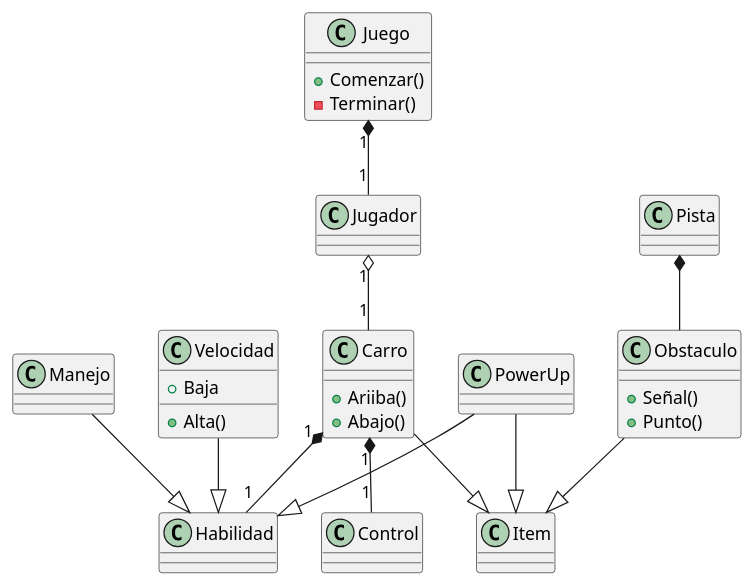
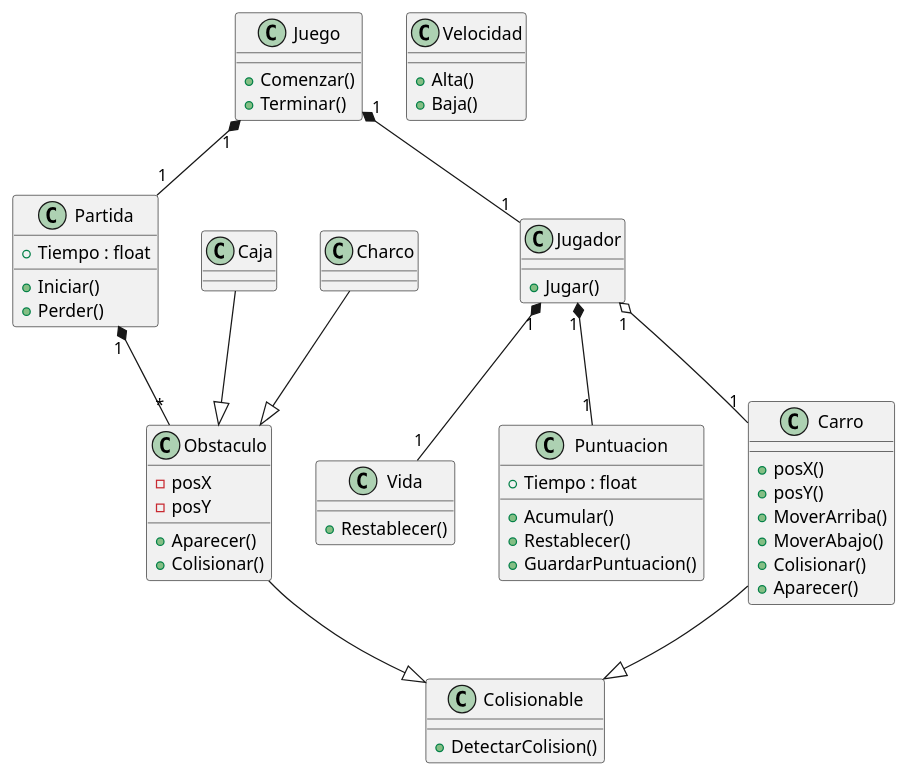
Before and after one commit to leofrancoceti/SpaceCar: the diagram in docs/SpaceCar.puml, drawn with PlantUML. The commit also changed 17 other files, not shown here.

```diff
--- a/docs/SpaceCar.puml
+++ b/docs/SpaceCar.puml
@@ -1,46 +1,70 @@
 @startuml SpaceCar
+
+class Obstaculo{
+    -posX
+    -posY
+    +Aparecer()
+    +Colisionar()
+}
+class Caja
+class Charco
+
 
 class Juego{
     + Comenzar()
-    - Terminar()
+    + Terminar()
 }
-class Jugador
-class Habilidad
+class Partida{
+    + Tiempo : float
+    + Iniciar()
+    + Perder()
+
+}
+class Vida{
+    + Restablecer()
+}
+class Puntuacion{
+    + Tiempo : float
+    + Acumular()
+    + Restablecer()
+    + GuardarPuntuacion()
+
+}
+class Jugador{
+    + Jugar()
+}
 
 class Velocidad{
     + Alta()
-    + Baja
+    + Baja()
 }
-class Manejo
-
-class PowerUp
-class Item
 
 class Carro{
-    + Ariiba()
-    + Abajo()
+    + posX()
+    + posY()
+    + MoverArriba()
+    + MoverAbajo()
+    + Colisionar()
+    + Aparecer()
 }
-class Obstaculo{
-    + Señal()
-    + Punto()
+class Colisionable{
+    +DetectarColision()
 }
-class Pista
 
 
 Juego "1" *-- "1" Jugador
+Juego "1" *-- "1" Partida 
+
 Jugador "1" o-- "1" Carro
-Carro "1" *-- "1" Habilidad
-Carro "1" *-- "1" Control
+Jugador "1" *-- "1" Vida
+Jugador "1" *-- "1" Puntuacion
 
-Carro --|> Item
-PowerUp --|> Item
-Obstaculo --|> Item
+Partida "1" *-- "*" Obstaculo
 
-PowerUp --|> Habilidad
-Manejo --|> Habilidad
-Velocidad --|> Habilidad
+Charco --|> Obstaculo
+Caja --|> Obstaculo
 
-Pista *-- Obstaculo
-
+Obstaculo --|> Colisionable
+Carro --|> Colisionable
 
 @enduml
```
